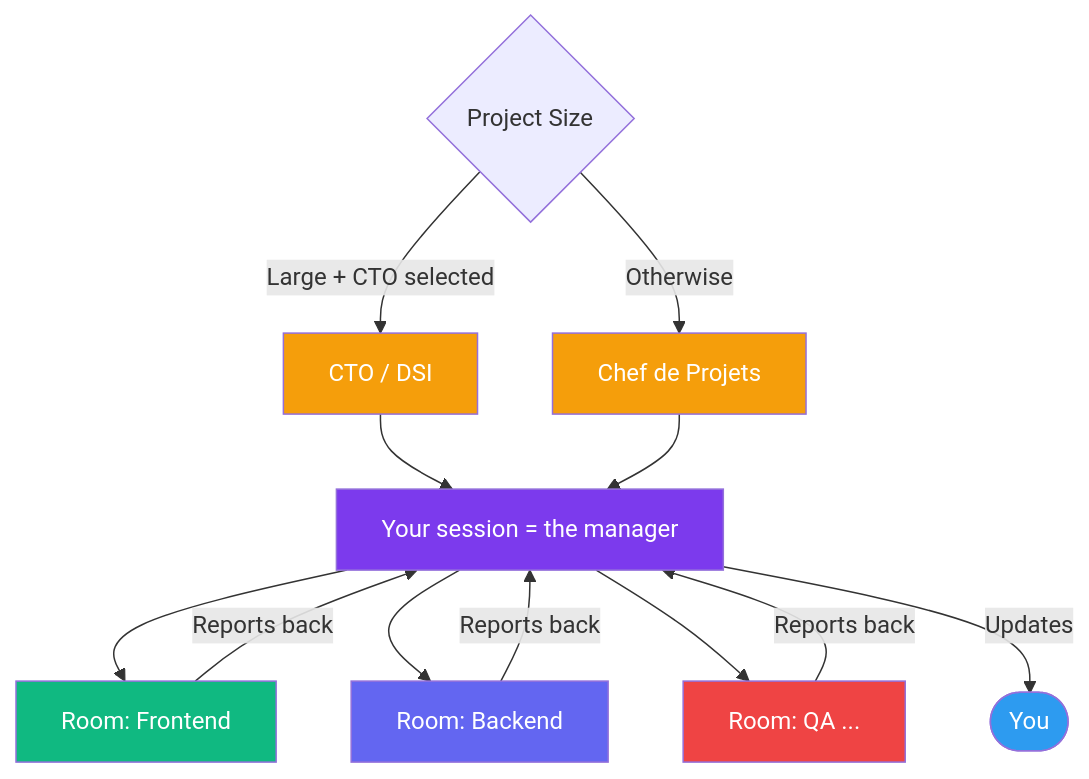
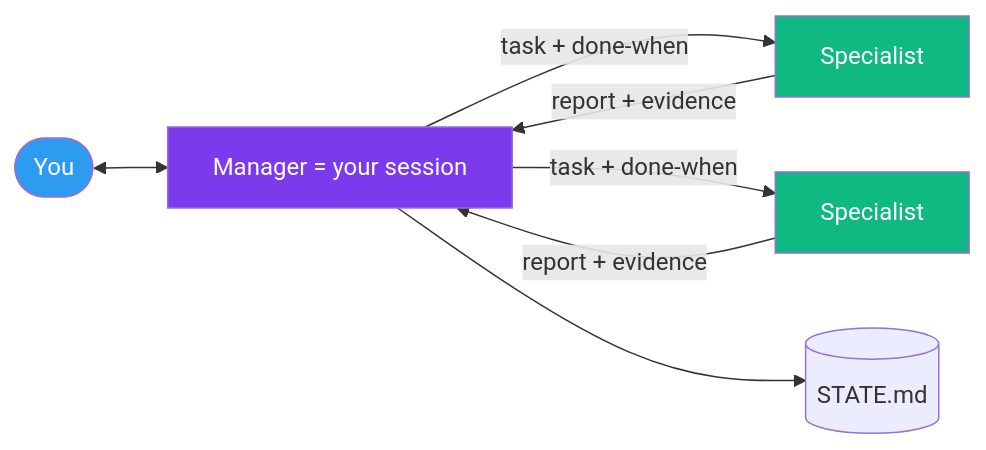
Before and after one commit to ELPEDRU/it-workshop: the second of 2 diagrams in README.md, drawn with Mermaid. The commit also changed other lines of this file and 16 other files, not shown here.

````diff
--- a/README.md
+++ b/README.md
@@ -218,25 +178,14 @@
 ```mermaid
-flowchart TD
-    Size{Project Size} -->|Large + CTO selected| CTO[CTO / DSI]
-    Size -->|Otherwise| CDP[Chef de Projets]
+flowchart LR
+    You([You]) <--> Mgr[Manager = your session]
+    Mgr -->|task + done-when| A1[Specialist]
+    Mgr -->|task + done-when| A2[Specialist]
+    A1 -->|report + evidence| Mgr
+    A2 -->|report + evidence| Mgr
+    Mgr --> State[(STATE.md)]
 
-    CTO --> Mgr[Your session = the manager]
-    CDP --> Mgr
-
-    Mgr --> R1[Room: Frontend]
-    Mgr --> R2[Room: Backend]
-    Mgr --> R3[Room: QA ...]
-
-    R1 -->|Reports back| Mgr
-    R2 -->|Reports back| Mgr
-    R3 -->|Reports back| Mgr
-    Mgr -->|Updates| You([You])
-
-    style CTO fill:#f59e0b,color:#fff
-    style CDP fill:#f59e0b,color:#fff
+    style You fill:#2d9bf0,color:#fff
     style Mgr fill:#7c3aed,color:#fff
-    style You fill:#2d9bf0,color:#fff
-    style R1 fill:#10b981,color:#fff
-    style R2 fill:#6366f1,color:#fff
-    style R3 fill:#ef4444,color:#fff
+    style A1 fill:#10b981,color:#fff
+    style A2 fill:#10b981,color:#fff
 ```
````
